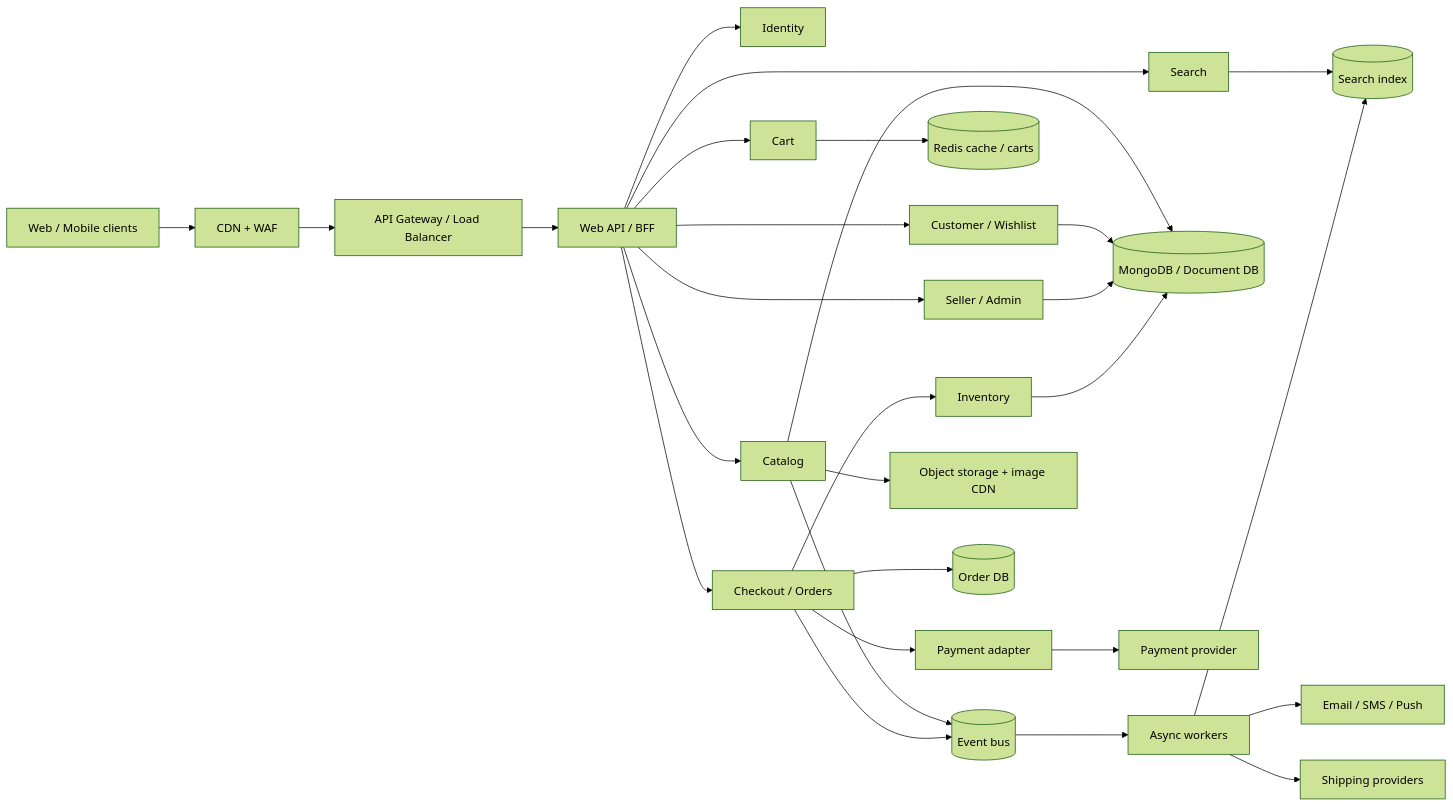
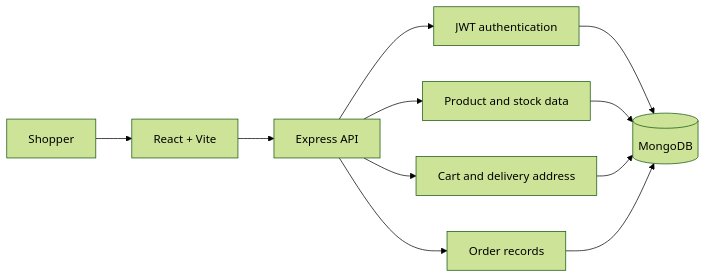
One commit to riteshray6291/Ritesh_flipkart changed the first of 2 diagrams in SYSTEM_DESIGN.md. Above: the diagram before and after it, drawn with Mermaid (forest theme). The commit also changed other lines of this file and 29 other files, not shown here.

````diff
--- a/SYSTEM_DESIGN.md
+++ b/SYSTEM_DESIGN.md
@@ -28,30 +7,13 @@
 ```mermaid
 flowchart LR
-    U[Web / Mobile clients] --> CDN[CDN + WAF]
-    CDN --> GW[API Gateway / Load Balancer]
-    GW --> BFF[Web API / BFF]
-    BFF --> ID[Identity]
-    BFF --> CAT[Catalog]
-    BFF --> SRCH[Search]
-    BFF --> CART[Cart]
-    BFF --> CHECK[Checkout / Orders]
-    BFF --> USER[Customer / Wishlist]
-    BFF --> SELL[Seller / Admin]
-    CAT --> DB[(MongoDB / Document DB)]
-    USER --> DB
-    SELL --> DB
-    CART --> REDIS[(Redis cache / carts)]
-    SRCH --> OS[(Search index)]
-    CAT --> MQ[(Event bus)]
-    CHECK --> MQ
-    CHECK --> INV[Inventory]
-    CHECK --> PAY[Payment adapter]
-    PAY --> PSP[Payment provider]
-    INV --> DB
-    MQ --> WORK[Async workers]
-    WORK --> OS
-    WORK --> NOTIFY[Email / SMS / Push]
-    WORK --> SHIP[Shipping providers]
-    CAT --> OBJ[Object storage + image CDN]
-    CHECK --> ORD[(Order DB)]
+    Shopper[Shopper] --> Web[React + Vite]
+    Web --> API[Express API]
+    API --> Auth[JWT authentication]
+    API --> Products[Product and stock data]
+    API --> Users[Cart and delivery address]
+    API --> Orders[Order records]
+    Auth --> DB[(MongoDB)]
+    Products --> DB
+    Users --> DB
+    Orders --> DB
 ```
````
